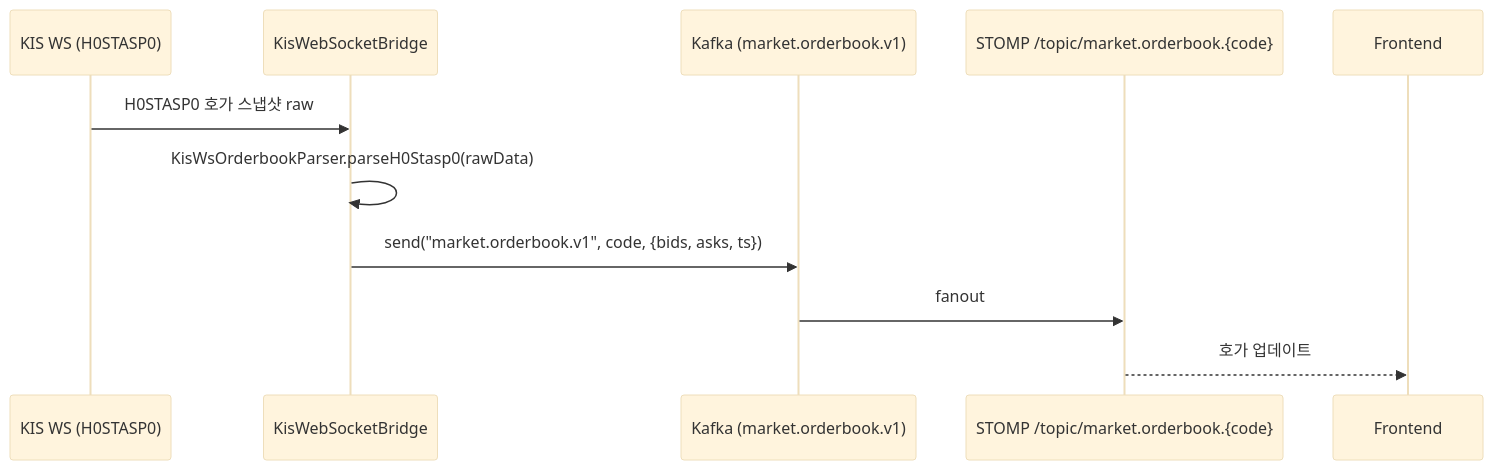
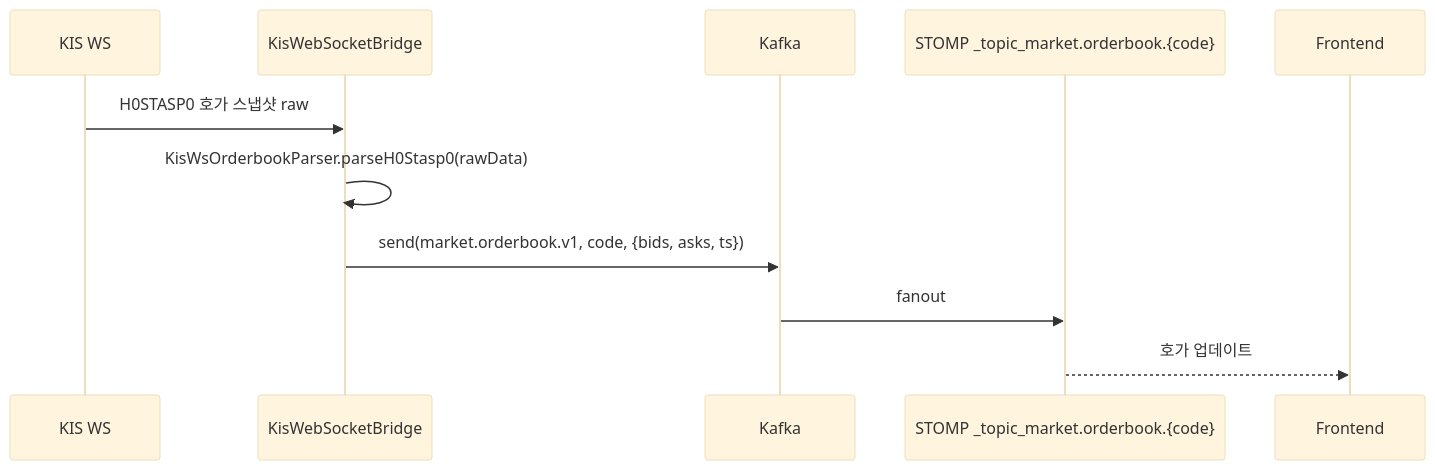
The ninth of 12 diagrams in _workspace/baseline/v3.1.0/02-data-flow.md (sp-daewoon/magicJar), drawn with Mermaid (base theme) before and after one commit. The commit also changed other lines of this file and 9 other files, not shown here.

First line of the commit message:
fix(baseline+script): Mermaid 10 syntax error 일괄 정정

````diff
--- a/_workspace/baseline/v3.1.0/02-data-flow.md
+++ b/_workspace/baseline/v3.1.0/02-data-flow.md
@@ -272,14 +272,14 @@
 ```mermaid
 sequenceDiagram
-    participant KISWS as KIS WS (H0STASP0)
+    participant KISWS as KIS WS
     participant BRIDGE as KisWebSocketBridge
-    participant KAFKA as Kafka (market.orderbook.v1)
-    participant STOMP as STOMP /topic/market.orderbook.{code}
+    participant KAFKA as Kafka
+    participant STOMP as STOMP _topic_market.orderbook.{code}
     participant FE as Frontend
 
     KISWS->>BRIDGE: H0STASP0 호가 스냅샷 raw
     BRIDGE->>BRIDGE: KisWsOrderbookParser.parseH0Stasp0(rawData)
-    BRIDGE->>KAFKA: send("market.orderbook.v1", code, {bids, asks, ts})
+    BRIDGE->>KAFKA: send(market.orderbook.v1, code, {bids, asks, ts})
     KAFKA->>STOMP: fanout
     STOMP-->>FE: 호가 업데이트
 ```
````
